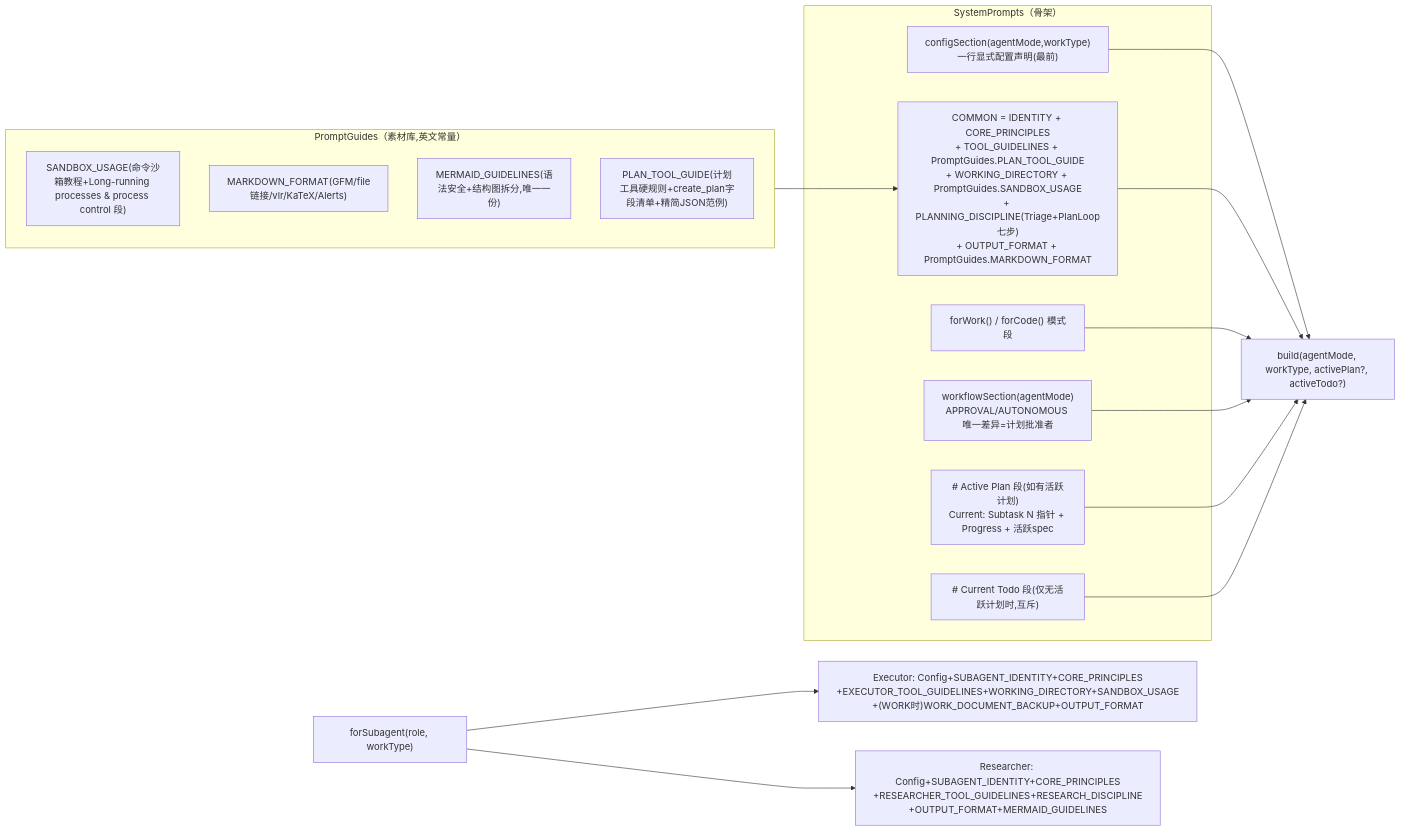
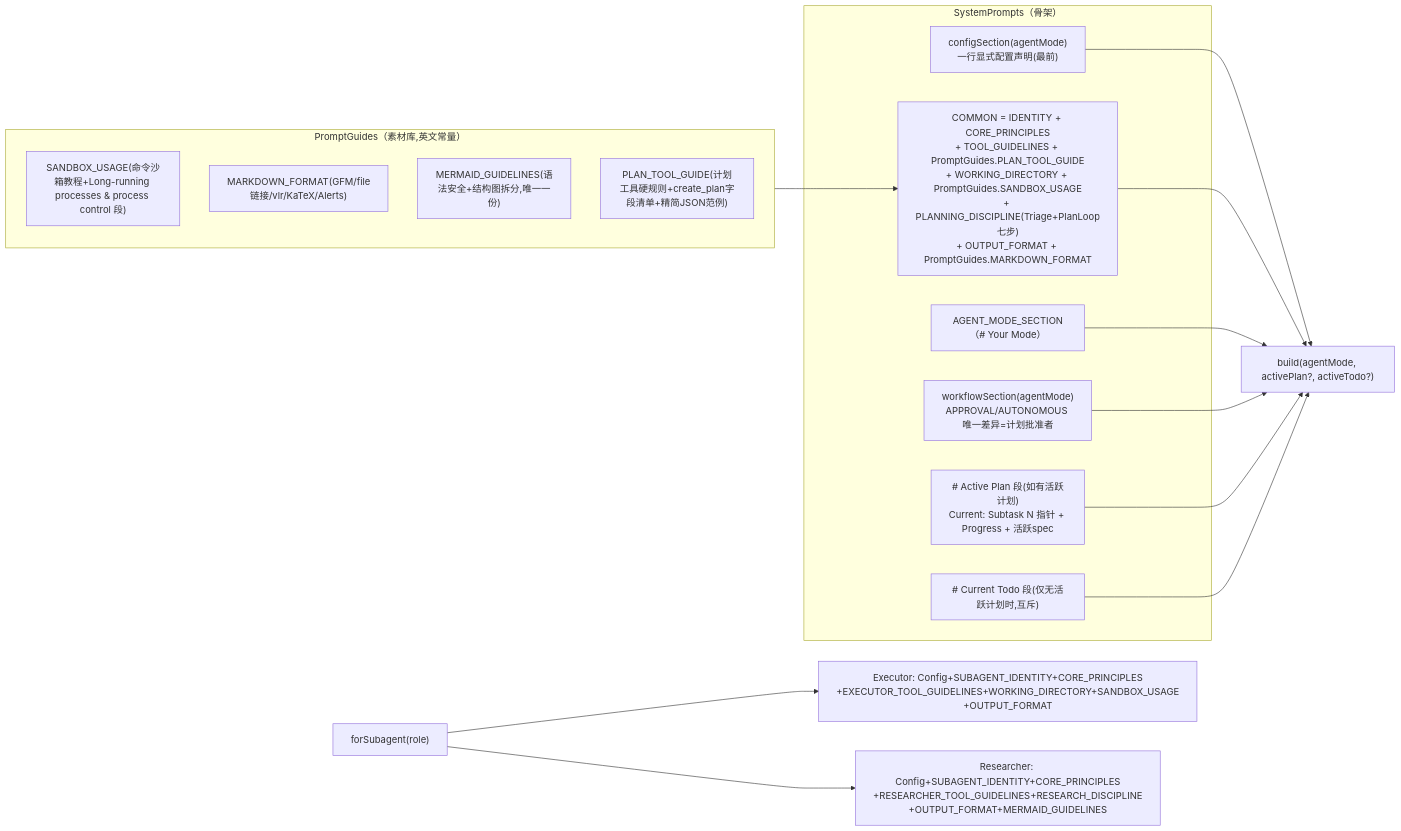
One commit to lzdev42/mederi changed the sixth of 7 diagrams in mederi/docs/architecture/01-core.md. Above: the diagram before and after it, drawn with Mermaid. The commit also changed other lines of this file and 62 other files, not shown here.

First line of the commit message:
refactor: single-dimension agent mode, single-entry subagent/browser tools

````diff
--- a/mederi/docs/architecture/01-core.md
+++ b/mederi/docs/architecture/01-core.md
@@ -758,26 +756,26 @@
 ```mermaid
 flowchart LR
     subgraph SP["SystemPrompts（骨架）"]
-        C["configSection(agentMode,workType)<br/>一行显式配置声明(最前)"]
+        C["configSection(agentMode)<br/>一行显式配置声明(最前)"]
         COMMON["COMMON = IDENTITY + CORE_PRINCIPLES<br/>+ TOOL_GUIDELINES + PromptGuides.PLAN_TOOL_GUIDE<br/>+ WORKING_DIRECTORY + PromptGuides.SANDBOX_USAGE<br/>+ PLANNING_DISCIPLINE(Triage+PlanLoop七步)<br/>+ OUTPUT_FORMAT + PromptGuides.MARKDOWN_FORMAT"]
         W["workflowSection(agentMode)<br/>APPROVAL/AUTONOMOUS 唯一差异=计划批准者"]
-        MODE["forWork() / forCode() 模式段"]
+        MODE["AGENT_MODE_SECTION（# Your Mode）"]
         PLAN["# Active Plan 段(如有活跃计划)<br/>Current: Subtask N 指针 + Progress + 活跃spec"]
         TODO["# Current Todo 段(仅无活跃计划时,互斥)"]
     end
     subgraph PG["PromptGuides（素材库,英文常量）"]
         G1["SANDBOX_USAGE(命令沙箱教程+Long-running processes & process control 段)"]
         G2["MARKDOWN_FORMAT(GFM/file链接/vlr/KaTeX/Alerts)"]
         G3["MERMAID_GUIDELINES(语法安全+结构图拆分,唯一一份)"]
         G4["PLAN_TOOL_GUIDE(计划工具硬规则+create_plan字段清单+精简JSON范例)"]
     end
     PG --> COMMON
-    C --> OUT["build(agentMode, workType, activePlan?, activeTodo?)"]
+    C --> OUT["build(agentMode, activePlan?, activeTodo?)"]
     COMMON --> OUT
     MODE --> OUT
     W --> OUT
     PLAN --> OUT
     TODO --> OUT
-    OUT2["forSubagent(role, workType)"] --> EXEC["Executor: Config+SUBAGENT_IDENTITY+CORE_PRINCIPLES<br/>+EXECUTOR_TOOL_GUIDELINES+WORKING_DIRECTORY+SANDBOX_USAGE<br/>+(WORK时)WORK_DOCUMENT_BACKUP+OUTPUT_FORMAT"]
+    OUT2["forSubagent(role)"] --> EXEC["Executor: Config+SUBAGENT_IDENTITY+CORE_PRINCIPLES<br/>+EXECUTOR_TOOL_GUIDELINES+WORKING_DIRECTORY+SANDBOX_USAGE<br/>+OUTPUT_FORMAT"]
     OUT2 --> RES["Researcher: Config+SUBAGENT_IDENTITY+CORE_PRINCIPLES<br/>+RESEARCHER_TOOL_GUIDELINES+RESEARCH_DISCIPLINE<br/>+OUTPUT_FORMAT+MERMAID_GUIDELINES"]
 ```
````
